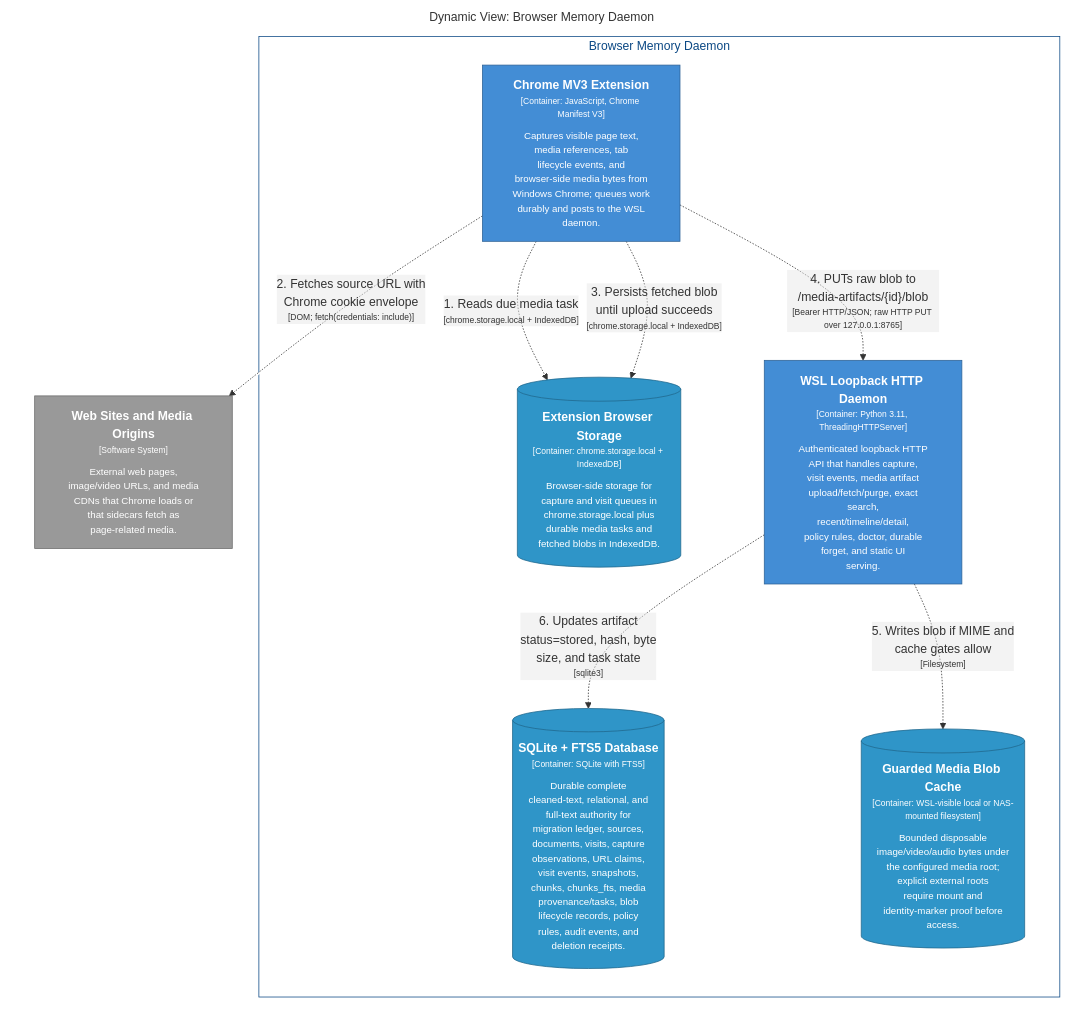
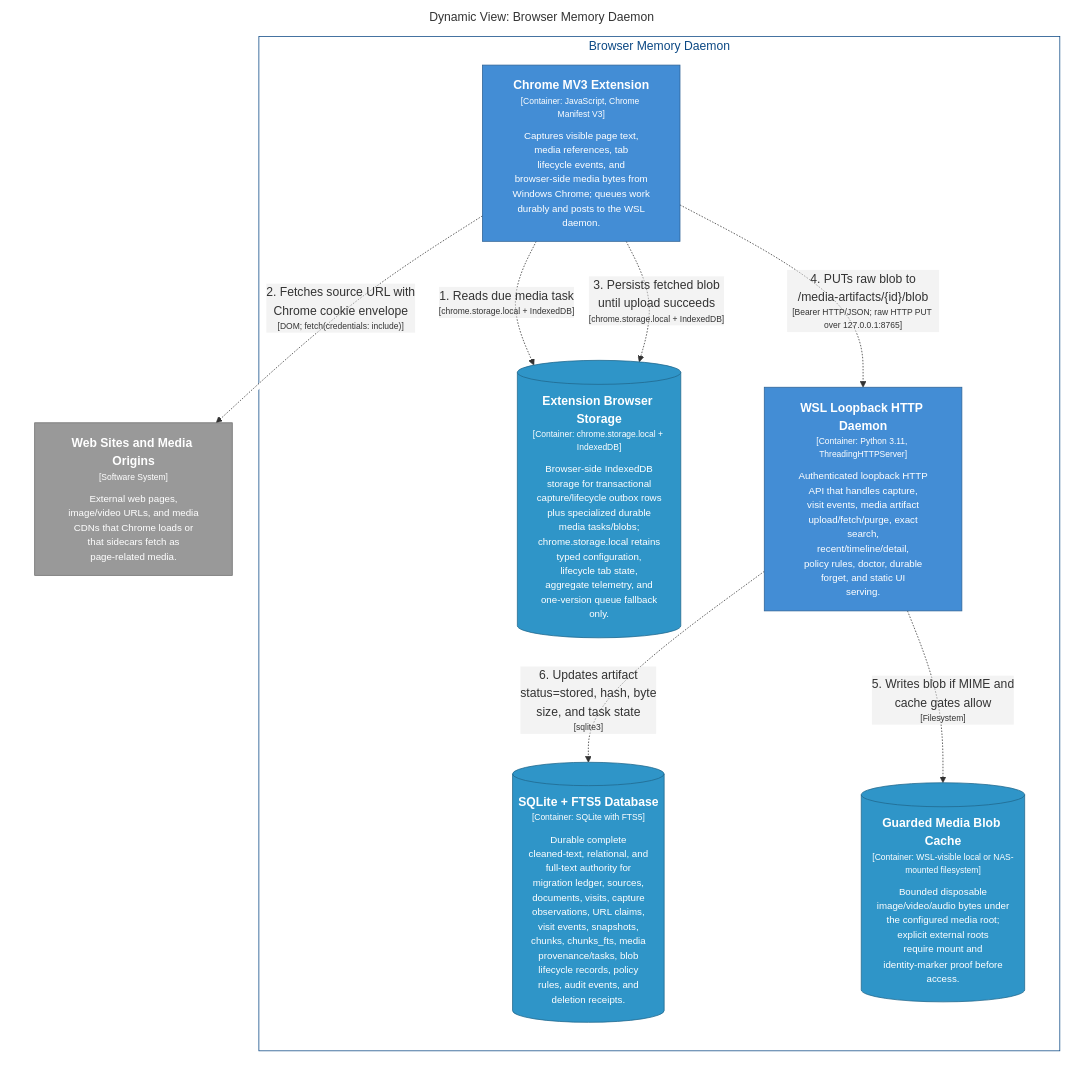
One commit to michaelnicks0/browser-memory-daemon changed the diagram in docs/architecture/diagrams/markdown/CredentialedMediaSidecarFlow.md. Above: the diagram before and after it, drawn with Mermaid. The commit also changed 194 other files, not shown here.

Commit message:
feat(extension): add transactional capture and lifecycle outbox

````diff
--- a/docs/architecture/diagrams/markdown/CredentialedMediaSidecarFlow.md
+++ b/docs/architecture/diagrams/markdown/CredentialedMediaSidecarFlow.md
@@ -16,34 +16,34 @@
 ```mermaid
 graph LR
   linkStyle default fill:#ffffff
 
   subgraph diagram ["Dynamic View: Browser Memory Daemon"]
     style diagram fill:#ffffff,stroke:#ffffff
 
     subgraph 4 ["Browser Memory Daemon"]
       style 4 fill:#ffffff,stroke:#0b4884,color:#0b4884
 
-      13[("<div style='font-weight: bold'>Extension Browser Storage</div><div style='font-size: 70%; margin-top: 0px'>[Container: chrome.storage.local + IndexedDB]</div><div style='font-size: 80%; margin-top:10px'>Browser-side storage for<br />capture and visit queues in<br />chrome.storage.local plus<br />durable media tasks and<br />fetched blobs in IndexedDB.</div>")]
-      style 13 fill:#2f95c8,stroke:#20688c,color:#ffffff
-      14["<div style='font-weight: bold'>WSL Loopback HTTP Daemon</div><div style='font-size: 70%; margin-top: 0px'>[Container: Python 3.11, ThreadingHTTPServer]</div><div style='font-size: 80%; margin-top:10px'>Authenticated loopback HTTP<br />API that handles capture,<br />visit events, media artifact<br />upload/fetch/purge, exact<br />search,<br />recent/timeline/detail,<br />policy rules, doctor, durable<br />forget, and static UI<br />serving.</div>"]
-      style 14 fill:#438dd5,stroke:#2e6295,color:#ffffff
-      39[("<div style='font-weight: bold'>SQLite + FTS5 Database</div><div style='font-size: 70%; margin-top: 0px'>[Container: SQLite with FTS5]</div><div style='font-size: 80%; margin-top:10px'>Durable complete<br />cleaned-text, relational, and<br />full-text authority for<br />migration ledger, sources,<br />documents, visits, capture<br />observations, URL claims,<br />visit events, snapshots,<br />chunks, chunks_fts, media<br />provenance/tasks, blob<br />lifecycle records, policy<br />rules, audit events, and<br />deletion receipts.</div>")]
-      style 39 fill:#2f95c8,stroke:#20688c,color:#ffffff
-      41[("<div style='font-weight: bold'>Guarded Media Blob Cache</div><div style='font-size: 70%; margin-top: 0px'>[Container: WSL-visible local or NAS-mounted filesystem]</div><div style='font-size: 80%; margin-top:10px'>Bounded disposable<br />image/video/audio bytes under<br />the configured media root;<br />explicit external roots<br />require mount and<br />identity-marker proof before<br />access.</div>")]
-      style 41 fill:#2f95c8,stroke:#20688c,color:#ffffff
+      14[("<div style='font-weight: bold'>Extension Browser Storage</div><div style='font-size: 70%; margin-top: 0px'>[Container: chrome.storage.local + IndexedDB]</div><div style='font-size: 80%; margin-top:10px'>Browser-side IndexedDB<br />storage for transactional<br />capture/lifecycle outbox rows<br />plus specialized durable<br />media tasks/blobs;<br />chrome.storage.local retains<br />typed configuration,<br />lifecycle tab state,<br />aggregate telemetry, and<br />one-version queue fallback<br />only.</div>")]
+      style 14 fill:#2f95c8,stroke:#20688c,color:#ffffff
+      15["<div style='font-weight: bold'>WSL Loopback HTTP Daemon</div><div style='font-size: 70%; margin-top: 0px'>[Container: Python 3.11, ThreadingHTTPServer]</div><div style='font-size: 80%; margin-top:10px'>Authenticated loopback HTTP<br />API that handles capture,<br />visit events, media artifact<br />upload/fetch/purge, exact<br />search,<br />recent/timeline/detail,<br />policy rules, doctor, durable<br />forget, and static UI<br />serving.</div>"]
+      style 15 fill:#438dd5,stroke:#2e6295,color:#ffffff
+      40[("<div style='font-weight: bold'>SQLite + FTS5 Database</div><div style='font-size: 70%; margin-top: 0px'>[Container: SQLite with FTS5]</div><div style='font-size: 80%; margin-top:10px'>Durable complete<br />cleaned-text, relational, and<br />full-text authority for<br />migration ledger, sources,<br />documents, visits, capture<br />observations, URL claims,<br />visit events, snapshots,<br />chunks, chunks_fts, media<br />provenance/tasks, blob<br />lifecycle records, policy<br />rules, audit events, and<br />deletion receipts.</div>")]
+      style 40 fill:#2f95c8,stroke:#20688c,color:#ffffff
+      42[("<div style='font-weight: bold'>Guarded Media Blob Cache</div><div style='font-size: 70%; margin-top: 0px'>[Container: WSL-visible local or NAS-mounted filesystem]</div><div style='font-size: 80%; margin-top:10px'>Bounded disposable<br />image/video/audio bytes under<br />the configured media root;<br />explicit external roots<br />require mount and<br />identity-marker proof before<br />access.</div>")]
+      style 42 fill:#2f95c8,stroke:#20688c,color:#ffffff
       5["<div style='font-weight: bold'>Chrome MV3 Extension</div><div style='font-size: 70%; margin-top: 0px'>[Container: JavaScript, Chrome Manifest V3]</div><div style='font-size: 80%; margin-top:10px'>Captures visible page text,<br />media references, tab<br />lifecycle events, and<br />browser-side media bytes from<br />Windows Chrome; queues work<br />durably and posts to the WSL<br />daemon.</div>"]
       style 5 fill:#438dd5,stroke:#2e6295,color:#ffffff
     end
 
     3["<div style='font-weight: bold'>Web Sites and Media Origins</div><div style='font-size: 70%; margin-top: 0px'>[Software System]</div><div style='font-size: 80%; margin-top:10px'>External web pages,<br />image/video URLs, and media<br />CDNs that Chrome loads or<br />that sidecars fetch as<br />page-related media.</div>"]
     style 3 fill:#999999,stroke:#6b6b6b,color:#ffffff
 
-    5-. "<div>1. Reads due media task</div><div style='font-size: 70%'>[chrome.storage.local + IndexedDB]</div>" .->13
+    5-. "<div>1. Reads due media task</div><div style='font-size: 70%'>[chrome.storage.local + IndexedDB]</div>" .->14
     5-. "<div>2. Fetches source URL with<br />Chrome cookie envelope</div><div style='font-size: 70%'>[DOM; fetch(credentials: include)]</div>" .->3
-    5-. "<div>3. Persists fetched blob<br />until upload succeeds</div><div style='font-size: 70%'>[chrome.storage.local + IndexedDB]</div>" .->13
-    5-. "<div>4. PUTs raw blob to<br />/media-artifacts/{id}/blob</div><div style='font-size: 70%'>[Bearer HTTP/JSON; raw HTTP PUT over 127.0.0.1:8765]</div>" .->14
-    14-. "<div>5. Writes blob if MIME and<br />cache gates allow</div><div style='font-size: 70%'>[Filesystem]</div>" .->41
-    14-. "<div>6. Updates artifact<br />status=stored, hash, byte<br />size, and task state</div><div style='font-size: 70%'>[sqlite3]</div>" .->39
+    5-. "<div>3. Persists fetched blob<br />until upload succeeds</div><div style='font-size: 70%'>[chrome.storage.local + IndexedDB]</div>" .->14
+    5-. "<div>4. PUTs raw blob to<br />/media-artifacts/{id}/blob</div><div style='font-size: 70%'>[Bearer HTTP/JSON; raw HTTP PUT over 127.0.0.1:8765]</div>" .->15
+    15-. "<div>5. Writes blob if MIME and<br />cache gates allow</div><div style='font-size: 70%'>[Filesystem]</div>" .->42
+    15-. "<div>6. Updates artifact<br />status=stored, hash, byte<br />size, and task state</div><div style='font-size: 70%'>[sqlite3]</div>" .->40
 
   end
 ```
````
